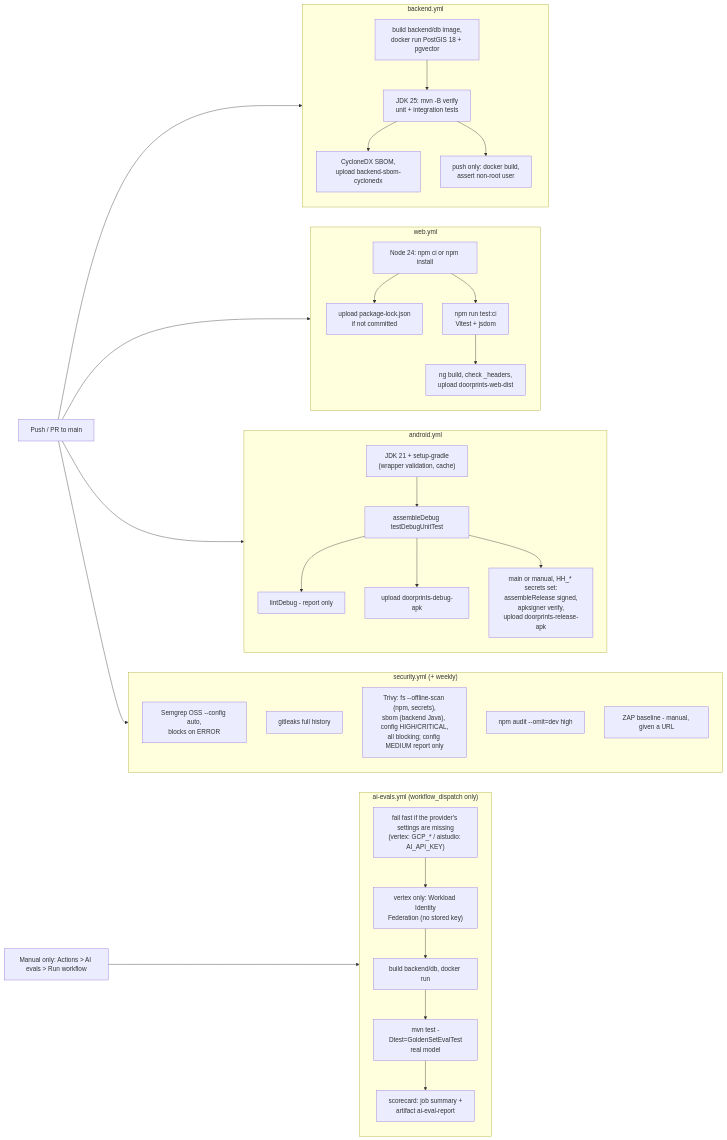
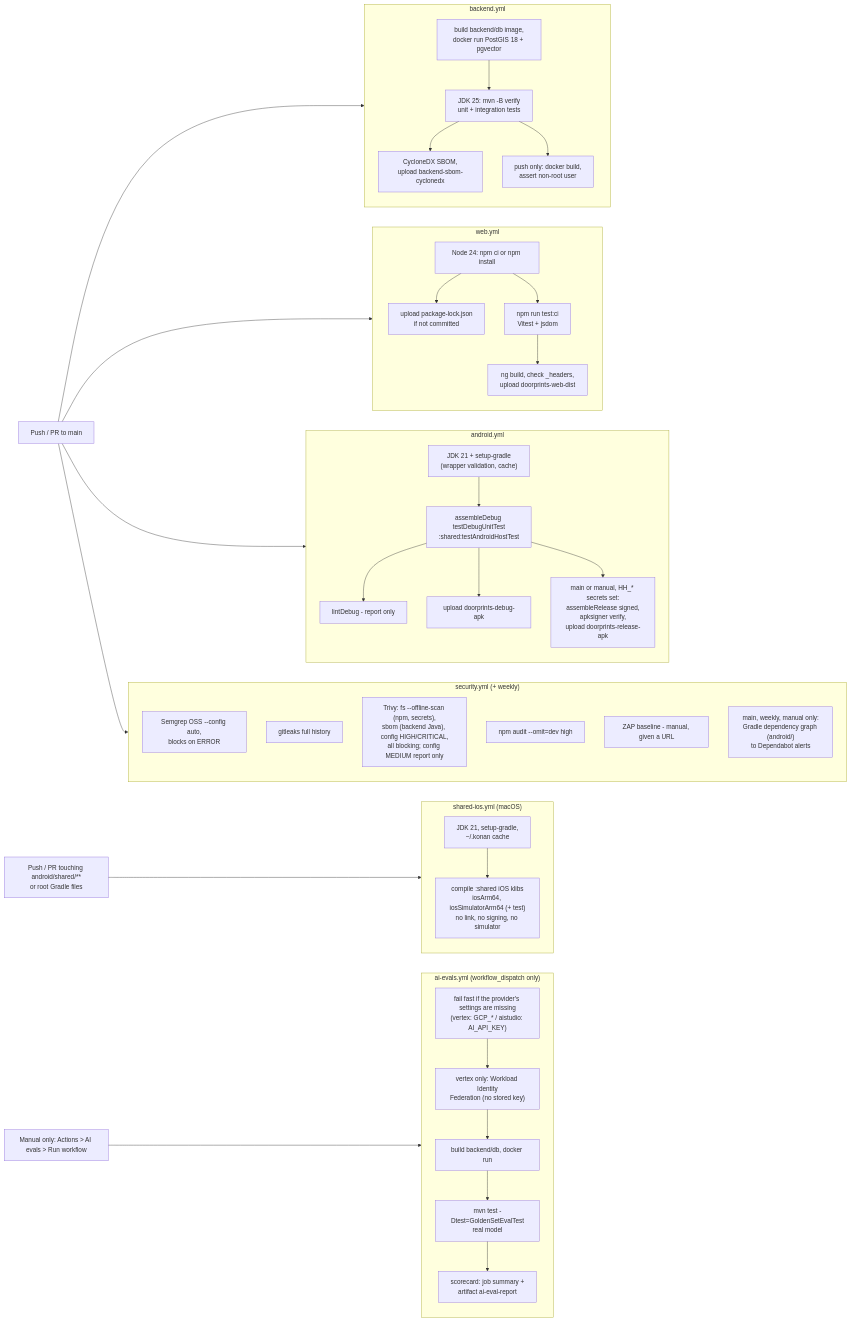
Before and after one commit to Sriram-Codes-SW/doorprints: the diagram in docs/07-secure-build-and-deploy.md, drawn with Mermaid. The commit also changed other lines of this file and 14 other files, not shown here.

````diff
--- a/docs/07-secure-build-and-deploy.md
+++ b/docs/07-secure-build-and-deploy.md
@@ -42,34 +44,39 @@
 ```mermaid
 flowchart LR
     dev["Push / PR to main"] --> be & web & and & sec
     subgraph be["backend.yml"]
         be1["build backend/db image,<br/>docker run PostGIS 18 + pgvector"] --> be2["JDK 25: mvn -B verify<br/>unit + integration tests"]
         be2 --> be4["CycloneDX SBOM,<br/>upload backend-sbom-cyclonedx"]
         be2 --> be3["push only: docker build,<br/>assert non-root user"]
     end
     subgraph web["web.yml"]
         w1["Node 24: npm ci or npm install"] --> w2["upload package-lock.json<br/>if not committed"]
         w1 --> w4["npm run test:ci<br/>Vitest + jsdom"]
         w4 --> w3["ng build, check _headers,<br/>upload doorprints-web-dist"]
     end
     subgraph and["android.yml"]
-        a1["JDK 21 + setup-gradle<br/>(wrapper validation, cache)"] --> a2["assembleDebug testDebugUnitTest"]
+        a1["JDK 21 + setup-gradle<br/>(wrapper validation, cache)"] --> a2["assembleDebug testDebugUnitTest<br/>:shared:testAndroidHostTest"]
         a2 --> a3["lintDebug - report only"]
         a2 --> a4["upload doorprints-debug-apk"]
         a2 --> a5["main or manual, HH_* secrets set:<br/>assembleRelease signed,<br/>apksigner verify,<br/>upload doorprints-release-apk"]
     end
     subgraph sec["security.yml (+ weekly)"]
         s1["Semgrep OSS --config auto,<br/>blocks on ERROR"]
         s2["gitleaks full history"]
         s3["Trivy: fs --offline-scan (npm, secrets),<br/>sbom (backend Java), config HIGH/CRITICAL,<br/>all blocking; config MEDIUM report only"]
         s4["npm audit --omit=dev high"]
         s5["ZAP baseline - manual, given a URL"]
+        s6["main, weekly, manual only:<br/>Gradle dependency graph (android/)<br/>to Dependabot alerts"]
+    end
+    ios_trigger["Push / PR touching android/shared/**<br/>or root Gradle files"] --> ios
+    subgraph ios["shared-ios.yml (macOS)"]
+        i1["JDK 21, setup-gradle,<br/>~/.konan cache"] --> i2["compile :shared iOS klibs<br/>iosArm64, iosSimulatorArm64 (+ test)<br/>no link, no signing, no simulator"]
     end
     manual["Manual only: Actions > AI evals > Run workflow"] --> ai
     subgraph ai["ai-evals.yml (workflow_dispatch only)"]
         ai1["fail fast if the provider's settings are missing<br/>(vertex: GCP_* / aistudio: AI_API_KEY)"] --> aiw["vertex only: Workload Identity<br/>Federation (no stored key)"]
         aiw --> ai2["build backend/db, docker run"]
         ai2 --> ai3["mvn test -Dtest=GoldenSetEvalTest<br/>real model"]
         ai3 --> ai4["scorecard: job summary +<br/>artifact ai-eval-report"]
     end
 ```
````
